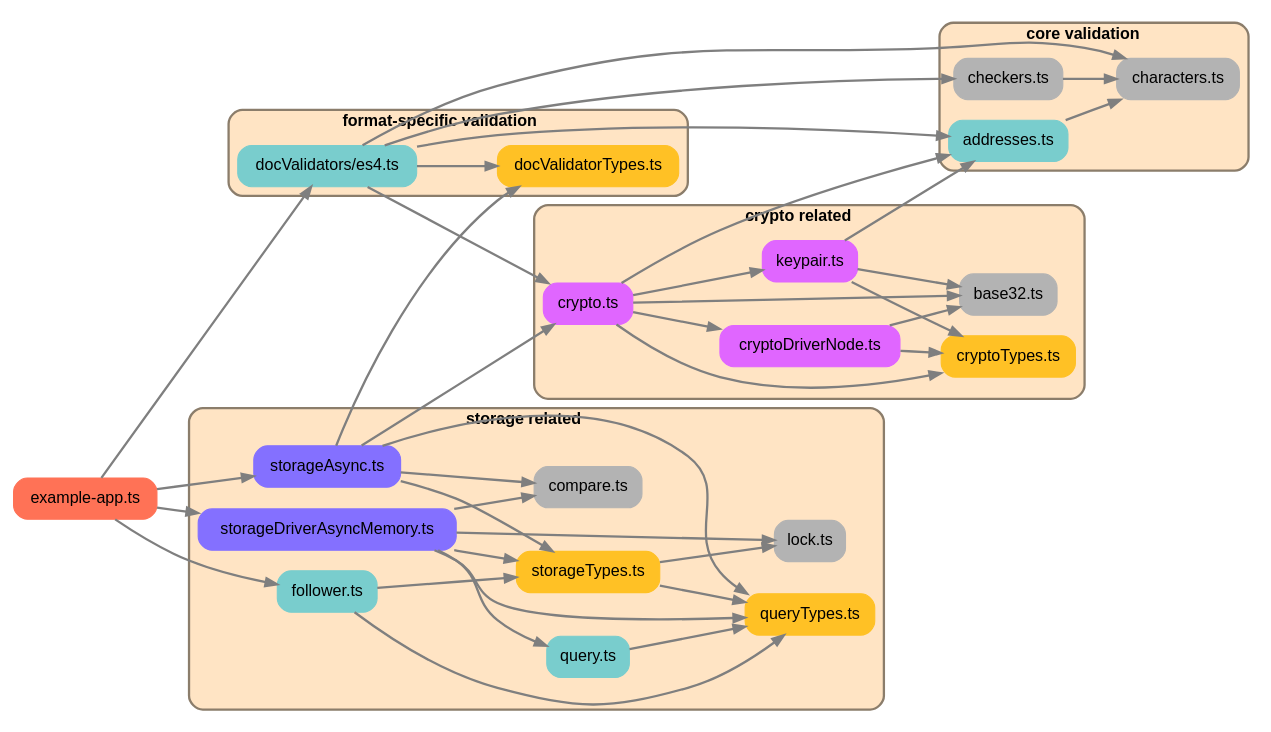
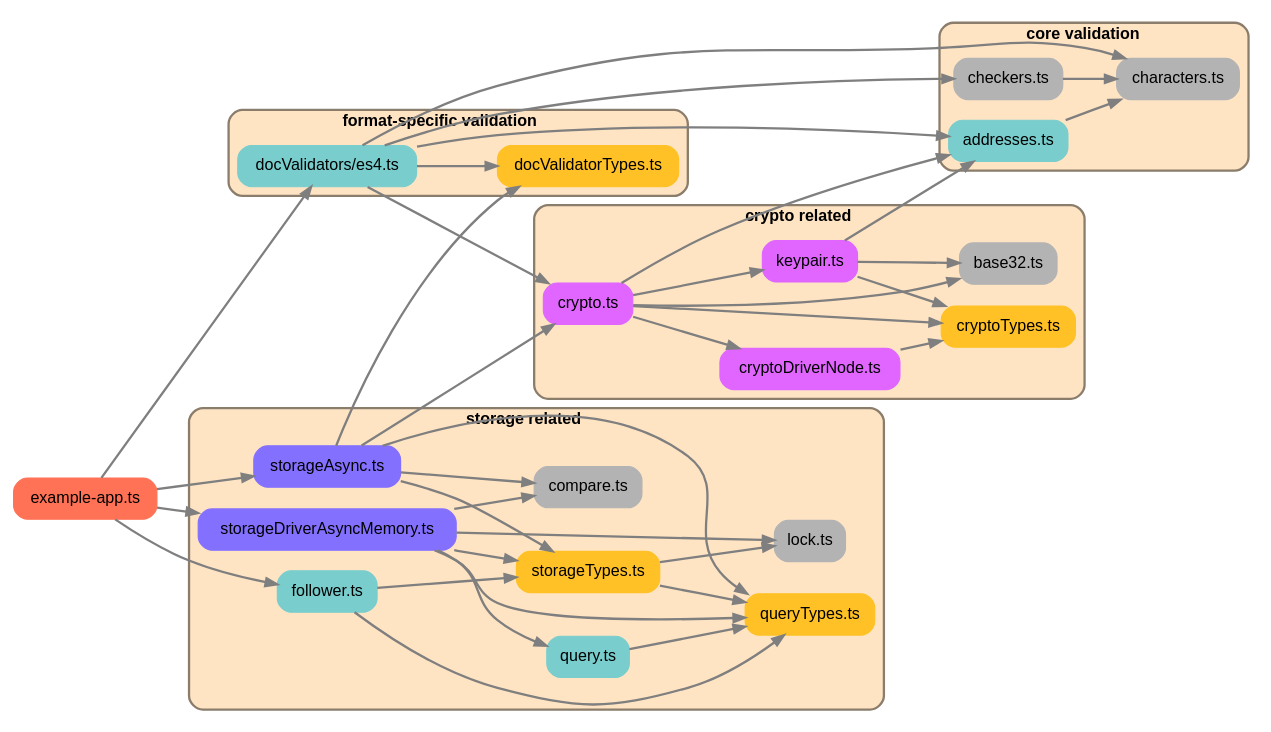
One commit to earthstar-project/earthstar changed the diagram in depchart/depchart-most-loose-handedited.dot. Above: the diagram before and after it, drawn with Graphviz. The commit also changed 5 other files, not shown here.

Commit message:
move base32 handling from cryptoDriver to crypto.ts

```diff
--- a/depchart/depchart-most-loose-handedited.dot
+++ b/depchart/depchart-most-loose-handedited.dot
@@ -1,100 +1,99 @@
 
 digraph G {
     //splines=line;
     //splines=polyline;
     splines=true;
     rankdir=LR;
     newrank=true;
     compound=true;
     graph [fontname = "helvetica"];  // dpi=72
     node [fontname = "helvetica"];
     edge [fontname = "helvetica"];
     
     // files in their folder clusters
     "src/example-app.ts" [label="example-app.ts", shape=rectangle; style="rounded,filled"; color=coral1];
     subgraph cluster0247397276 {
         label=<<b>crypto related</b>>;
         style="rounded,filled";
         fillcolor=bisque;
         color=bisque4;
         penwidth=2;
         "src/base32.ts" [label="base32.ts", shape=rectangle; style="rounded,filled"; color=gray70];
         "src/crypto/crypto.ts" [label="crypto.ts", shape=rectangle; style="rounded,filled"; color=mediumorchid1];
         "src/crypto/cryptoDriverNode.ts" [label="cryptoDriverNode.ts", shape=rectangle; style="rounded,filled"; color=mediumorchid1];
         "src/crypto/keypair.ts" [label="keypair.ts", shape=rectangle; style="rounded,filled"; color=mediumorchid1];
         "src/types/cryptoTypes.ts" [label="cryptoTypes.ts", shape=rectangle; style="rounded,filled"; color=goldenrod1];
     }
     subgraph cluster2475934872 {
         label=<<b>core validation</b>>;
         style="rounded,filled";
         fillcolor=bisque;
         color=bisque4;
         penwidth=2;
         "src/coreValidators/addresses.ts" [label="addresses.ts", shape=rectangle; style="rounded,filled"; color=darkslategray3];
         "src/coreValidators/characters.ts" [label="characters.ts", shape=rectangle; style="rounded,filled"; color=gray70];
         "src/coreValidators/checkers.ts" [label="checkers.ts", shape=rectangle; style="rounded,filled"; color=gray70];
     }
     subgraph cluster9837439797 {
         label=<<b>format-specific validation</b>>;
         style="rounded,filled";
         fillcolor=bisque;
         color=bisque4;
         penwidth=2;
         "src/types/docValidatorTypes.ts" [label="docValidatorTypes.ts", shape=rectangle; style="rounded,filled"; color=goldenrod1];
         "src/docValidators/es4.ts" [label="docValidators/es4.ts", shape=rectangle; style="rounded,filled"; color=darkslategray3];
     }
     subgraph cluster5570178276 {
         label=<<b>storage related</b>>;
         style="rounded,filled";
         fillcolor=bisque;
         color=bisque4;
         penwidth=2;
         "src/follower.ts" [label="follower.ts", shape=rectangle; style="rounded,filled"; color=darkslategray3];
         "src/lock.ts" [label="lock.ts", shape=rectangle; style="rounded,filled"; color=gray70];
         "src/query.ts" [label="query.ts", shape=rectangle; style="rounded,filled"; color=darkslategray3];
         "src/storage/storageAsync.ts" [label="storageAsync.ts", shape=rectangle; style="rounded,filled"; color=lightslateblue];
         "src/storage/storageDriverAsyncMemory.ts" [label="storageDriverAsyncMemory.ts", shape=rectangle; style="rounded,filled"; color=lightslateblue];
         "src/types/queryTypes.ts" [label="queryTypes.ts", shape=rectangle; style="rounded,filled"; color=goldenrod1];
         "src/types/storageTypes.ts" [label="storageTypes.ts", shape=rectangle; style="rounded,filled"; color=goldenrod1];
         "src/util/compare.ts" [label="compare.ts", shape=rectangle; style="rounded,filled"; color=gray70];
     }
 
     // edges between files
     "src/coreValidators/checkers.ts" -> "src/coreValidators/characters.ts" [penwidth=2; color=gray50];
     "src/crypto/crypto.ts" -> "src/crypto/cryptoDriverNode.ts" [penwidth=2; color=gray50];
     "src/crypto/crypto.ts" -> "src/types/cryptoTypes.ts" [penwidth=2; color=gray50];
     "src/crypto/crypto.ts" -> "src/base32.ts" [penwidth=2; color=gray50];
     "src/crypto/crypto.ts" -> "src/crypto/keypair.ts" [penwidth=2; color=gray50];
     "src/crypto/crypto.ts" -> "src/coreValidators/addresses.ts" [penwidth=2; color=gray50];
     "src/coreValidators/addresses.ts" -> "src/coreValidators/characters.ts" [penwidth=2; color=gray50];
     "src/crypto/cryptoDriverNode.ts" -> "src/types/cryptoTypes.ts" [penwidth=2; color=gray50];
-    "src/crypto/cryptoDriverNode.ts" -> "src/base32.ts" [penwidth=2; color=gray50];
     "src/crypto/keypair.ts" -> "src/base32.ts" [penwidth=2; color=gray50];
     "src/crypto/keypair.ts" -> "src/types/cryptoTypes.ts" [penwidth=2; color=gray50];
     "src/crypto/keypair.ts" -> "src/coreValidators/addresses.ts" [penwidth=2; color=gray50];
     "src/docValidators/es4.ts" -> "src/types/docValidatorTypes.ts" [penwidth=2; color=gray50];
     "src/docValidators/es4.ts" -> "src/coreValidators/characters.ts" [penwidth=2; color=gray50];
     "src/docValidators/es4.ts" -> "src/coreValidators/checkers.ts" [penwidth=2; color=gray50];
     "src/docValidators/es4.ts" -> "src/coreValidators/addresses.ts" [penwidth=2; color=gray50];
     "src/docValidators/es4.ts" -> "src/crypto/crypto.ts" [penwidth=2; color=gray50];
     "src/example-app.ts" -> "src/docValidators/es4.ts" [penwidth=2; color=gray50];
     "src/example-app.ts" -> "src/storage/storageDriverAsyncMemory.ts" [penwidth=2; color=gray50];
     "src/example-app.ts" -> "src/storage/storageAsync.ts" [penwidth=2; color=gray50];
     "src/example-app.ts" -> "src/follower.ts" [penwidth=2; color=gray50];
     "src/follower.ts" -> "src/types/queryTypes.ts" [penwidth=2; color=gray50];
     "src/follower.ts" -> "src/types/storageTypes.ts" [penwidth=2; color=gray50];
     "src/query.ts" -> "src/types/queryTypes.ts" [penwidth=2; color=gray50];
     "src/storage/storageAsync.ts" -> "src/types/queryTypes.ts" [penwidth=2; color=gray50];
     "src/storage/storageAsync.ts" -> "src/types/storageTypes.ts" [penwidth=2; color=gray50];
     "src/storage/storageAsync.ts" -> "src/types/docValidatorTypes.ts" [penwidth=2; color=gray50];
     "src/storage/storageAsync.ts" -> "src/util/compare.ts" [penwidth=2; color=gray50];
     "src/storage/storageAsync.ts" -> "src/crypto/crypto.ts" [penwidth=2; color=gray50];
     "src/storage/storageDriverAsyncMemory.ts" -> "src/types/queryTypes.ts" [penwidth=2; color=gray50];
     "src/storage/storageDriverAsyncMemory.ts" -> "src/types/storageTypes.ts" [penwidth=2; color=gray50];
     "src/storage/storageDriverAsyncMemory.ts" -> "src/util/compare.ts" [penwidth=2; color=gray50];
     "src/storage/storageDriverAsyncMemory.ts" -> "src/query.ts" [penwidth=2; color=gray50];
     "src/storage/storageDriverAsyncMemory.ts" -> "src/lock.ts" [penwidth=2; color=gray50];
     "src/types/storageTypes.ts" -> "src/types/queryTypes.ts" [penwidth=2; color=gray50];
     "src/types/storageTypes.ts" -> "src/lock.ts" [penwidth=2; color=gray50];
 
 }
```
